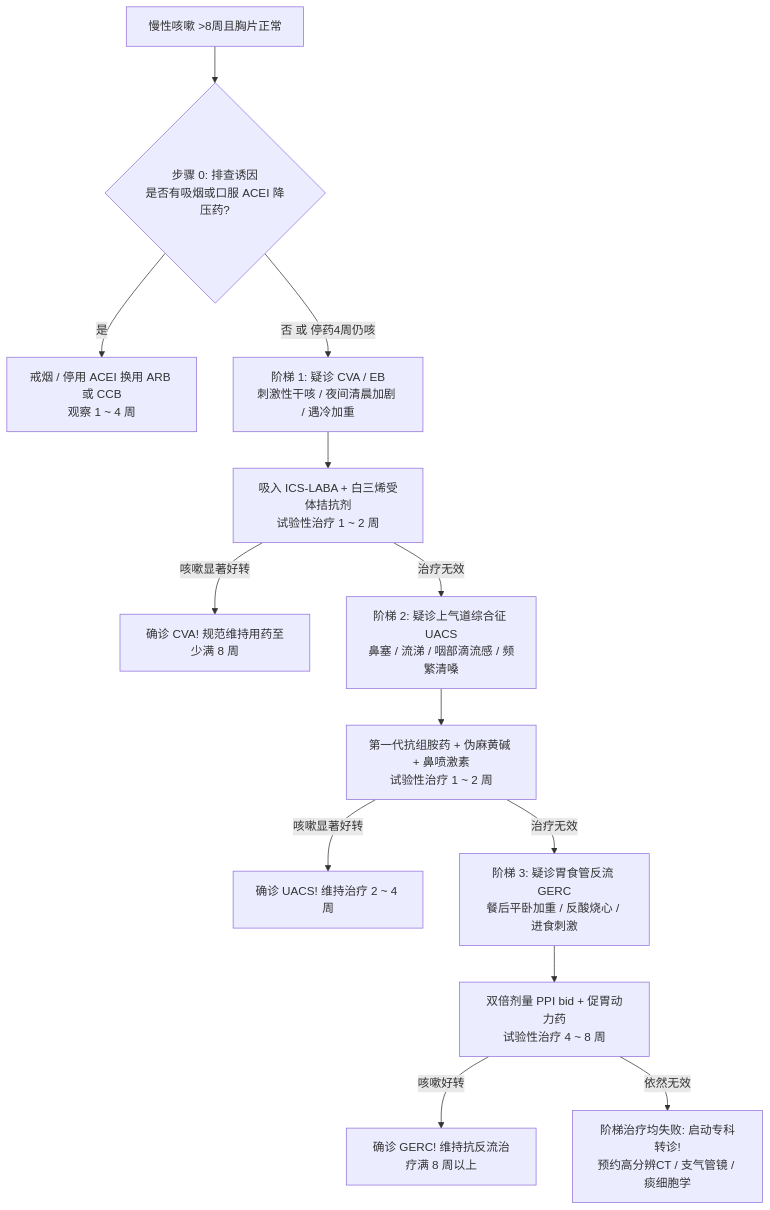
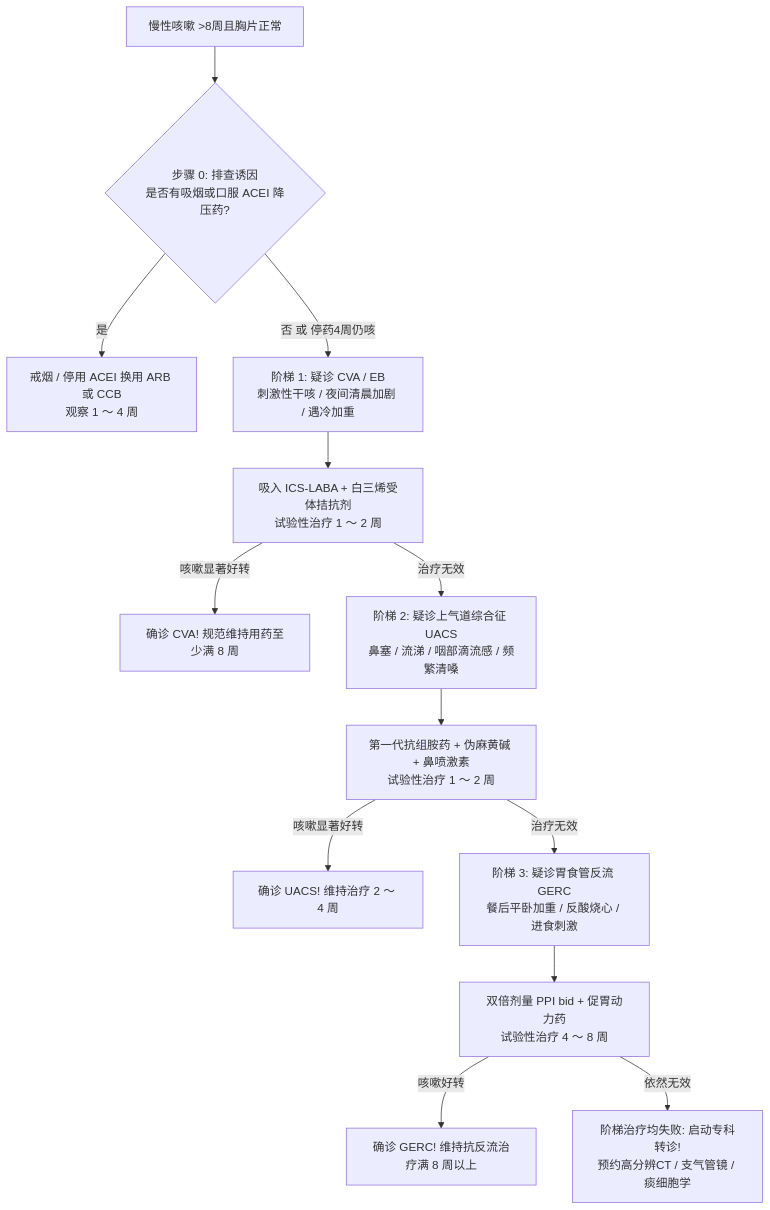
One commit to yangli216/medical-llm-wiki changed the diagram in wiki/concepts/慢性咳嗽病因解剖学阶梯诊断路径.md. Above: the diagram before and after it, drawn with Mermaid. The commit also changed other lines of this file and 316 other files, not shown here.

````diff
--- a/wiki/concepts/慢性咳嗽病因解剖学阶梯诊断路径.md
+++ b/wiki/concepts/慢性咳嗽病因解剖学阶梯诊断路径.md
@@ -26,18 +26,18 @@
 ```mermaid
 flowchart TD
     Start[慢性咳嗽 >8周且胸片正常] --> Step0{步骤 0: 排查诱因\n是否有吸烟或口服 ACEI 降压药?}
-    Step0 -->|是| Act0[戒烟 / 停用 ACEI 换用 ARB 或 CCB\n观察 1 ~ 4 周]
+    Step0 -->|是| Act0[戒烟 / 停用 ACEI 换用 ARB 或 CCB\n观察 1 ～ 4 周]
     Step0 -->|否 或 停药4周仍咳| Step1[阶梯 1: 疑诊 CVA / EB\n刺激性干咳 / 夜间清晨加剧 / 遇冷加重]
     
-    Step1 --> Treat1[吸入 ICS-LABA + 白三烯受体拮抗剂\n试验性治疗 1 ~ 2 周]
+    Step1 --> Treat1[吸入 ICS-LABA + 白三烯受体拮抗剂\n试验性治疗 1 ～ 2 周]
     Treat1 -->|咳嗽显著好转| Confirm1[确诊 CVA! 规范维持用药至少满 8 周]
     Treat1 -->|治疗无效| Step2[阶梯 2: 疑诊上气道综合征 UACS\n鼻塞 / 流涕 / 咽部滴流感 / 频繁清嗓]
     
-    Step2 --> Treat2[第一代抗组胺药 + 伪麻黄碱 + 鼻喷激素\n试验性治疗 1 ~ 2 周]
-    Treat2 -->|咳嗽显著好转| Confirm2[确诊 UACS! 维持治疗 2 ~ 4 周]
+    Step2 --> Treat2[第一代抗组胺药 + 伪麻黄碱 + 鼻喷激素\n试验性治疗 1 ～ 2 周]
+    Treat2 -->|咳嗽显著好转| Confirm2[确诊 UACS! 维持治疗 2 ～ 4 周]
     Treat2 -->|治疗无效| Step3[阶梯 3: 疑诊胃食管反流 GERC\n餐后平卧加重 / 反酸烧心 / 进食刺激]
     
-    Step3 --> Treat3[双倍剂量 PPI bid + 促胃动力药\n试验性治疗 4 ~ 8 周]
+    Step3 --> Treat3[双倍剂量 PPI bid + 促胃动力药\n试验性治疗 4 ～ 8 周]
     Treat3 -->|咳嗽好转| Confirm3[确诊 GERC! 维持抗反流治疗满 8 周以上]
     Treat3 -->|依然无效| Referral[阶梯治疗均失败: 启动专科转诊!\n预约高分辨CT / 支气管镜 / 痰细胞学]
 ```
````
